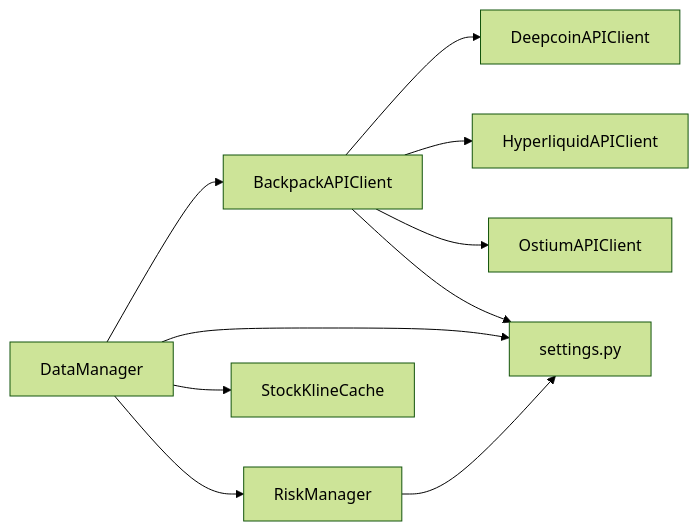
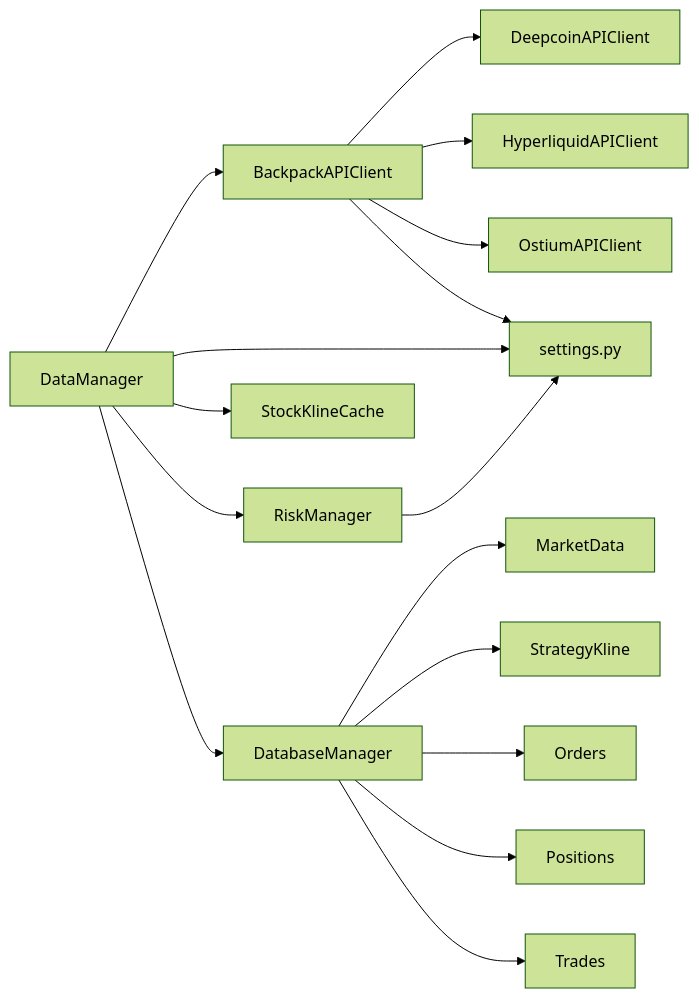
Before and after one commit to zyf266/ending: the ninth of 9 diagrams in .qoder/repowiki/zh/content/核心模块详解/数据管理模块/数据管理模块.md, drawn with Mermaid (forest theme). The commit also changed other lines of this file and 60 other files, not shown here.

````diff
--- a/.qoder/repowiki/zh/content/核心模块详解/数据管理模块/数据管理模块.md
+++ b/.qoder/repowiki/zh/content/核心模块详解/数据管理模块/数据管理模块.md
@@ -351,12 +537,18 @@
 ```mermaid
 graph LR
 DM["DataManager"] --> AC["BackpackAPIClient"]
 AC --> DC["DeepcoinAPIClient"]
 AC --> HC["HyperliquidAPIClient"]
 AC --> OC["OstiumAPIClient"]
 DM --> RM["RiskManager"]
 DM --> SKC["StockKlineCache"]
+DM --> DBM["DatabaseManager"]
+DBM --> MD["MarketData"]
+DBM --> SK["StrategyKline"]
+DBM --> OP["Orders"]
+DBM --> PS["Positions"]
+DBM --> TR["Trades"]
 AC --> CFG["settings.py"]
 DM --> CFG
 RM --> CFG
 ```
````
